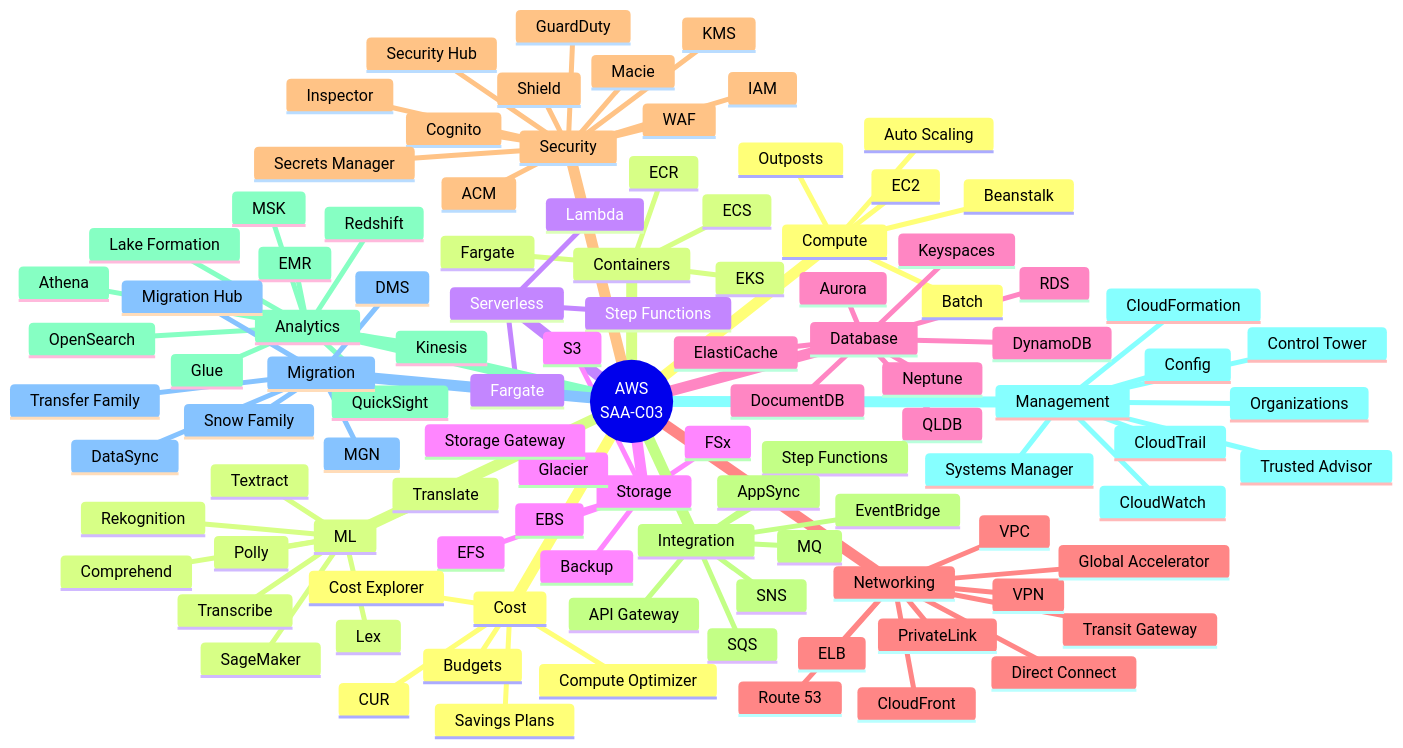
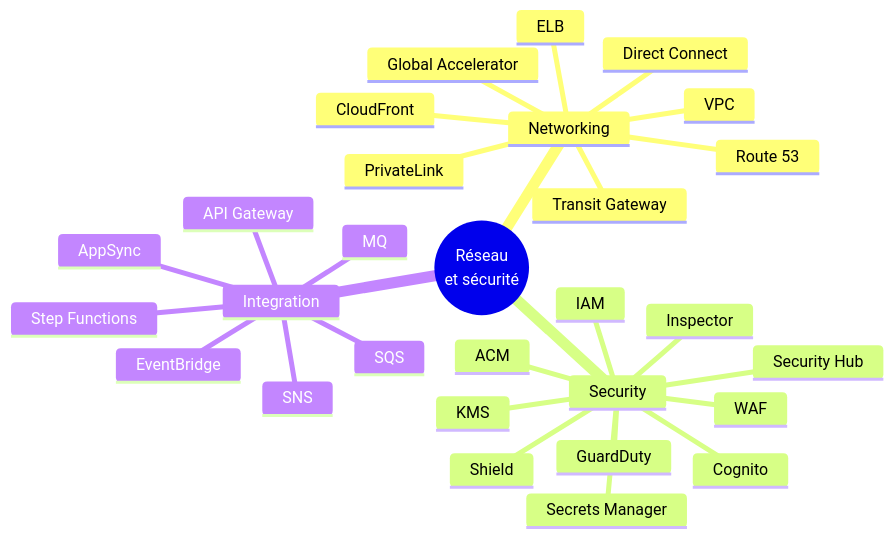
The third of 27 diagrams in courses/cloud-aws/aws_cartographie.md (Gooseppr/GevOps_LC), drawn with Mermaid before and after one commit. The commit also changed other lines of this file, not shown here.

Commit message:
Auto commit & push depuis script pipeline

````diff
--- a/courses/cloud-aws/aws_cartographie.md
+++ b/courses/cloud-aws/aws_cartographie.md
@@ -47,45 +110,12 @@
 ```mermaid
 mindmap
-  root((AWS<br/>SAA-C03))
-    Compute
-      EC2
-      Auto Scaling
-      Beanstalk
-      Batch
-      Outposts
-    Containers
-      ECS
-      EKS
-      ECR
-      Fargate
-    Serverless
-      Lambda
-      Fargate
-      Step Functions
-    Storage
-      S3
-      Glacier
-      EBS
-      EFS
-      FSx
-      Backup
-      Storage Gateway
-    Database
-      RDS
-      Aurora
-      DynamoDB
-      ElastiCache
-      DocumentDB
-      Neptune
-      QLDB
-      Keyspaces
+  root((Réseau<br/>et sécurité))
     Networking
       VPC
       Route 53
       CloudFront
       ELB
       Direct Connect
-      VPN
       Transit Gateway
       PrivateLink
       Global Accelerator
@@ -99,7 +129,6 @@
       Shield
       GuardDuty
       Inspector
-      Macie
       Security Hub
     Integration
       SQS
@@ -109,45 +138,4 @@
       API Gateway
       AppSync
       MQ
-    Analytics
-      Athena
-      Redshift
-      EMR
-      Glue
-      Kinesis
-      MSK
-      OpenSearch
-      QuickSight
-      Lake Formation
-    Management
-      Organizations
-      Control Tower
-      CloudFormation
-      CloudWatch
-      CloudTrail
-      Config
-      Systems Manager
-      Trusted Advisor
-    Migration
-      MGN
-      DMS
-      DataSync
-      Snow Family
-      Migration Hub
-      Transfer Family
-    Cost
-      Budgets
-      Cost Explorer
-      CUR
-      Compute Optimizer
-      Savings Plans
-    ML
-      SageMaker
-      Rekognition
-      Comprehend
-      Polly
-      Transcribe
-      Translate
-      Lex
-      Textract
 ```
````
